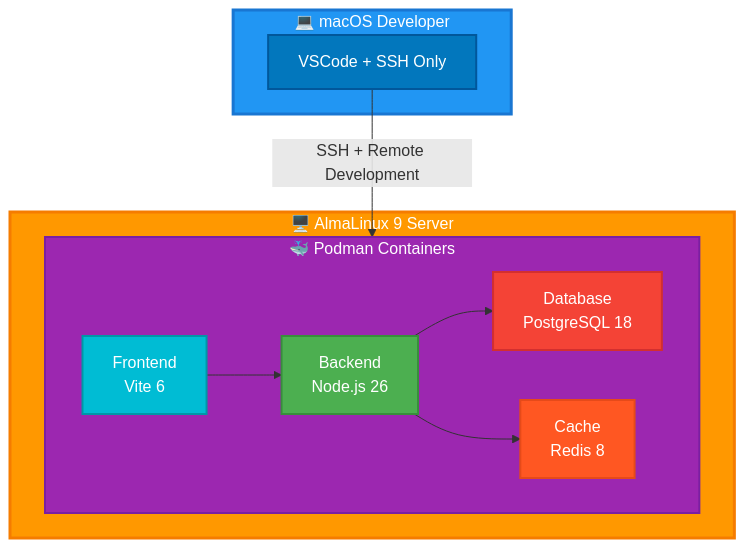
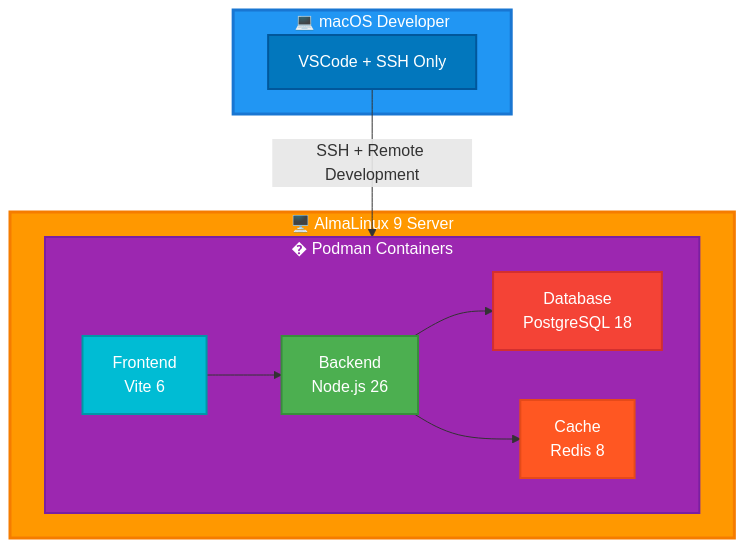
The diagram in docs/chapter-01-setup.md (Alex-0293/TopWebStack), drawn with Mermaid before and after one commit. The commit also changed other lines of this file and 12 other files, not shown here.

````diff
--- a/docs/chapter-01-setup.md
+++ b/docs/chapter-01-setup.md
@@ -416,29 +416,29 @@
 ```mermaid
 graph TB
     subgraph local["💻 macOS Developer"]
         vscode["VSCode + SSH Only"]
     end
     
     subgraph server["🖥️ AlmaLinux 9 Server"]
-        subgraph podman["🐳 Podman Containers"]
+        subgraph podman["� Podman Containers"]
             backend["Backend<br/>Node.js 26"]
             frontend["Frontend<br/>Vite 6"]
             database["Database<br/>PostgreSQL 18"]
             redis["Cache<br/>Redis 8"]
         end
     end
     
     vscode -->|SSH + Remote Development| podman
     backend --> database
     backend --> redis
     frontend --> backend
     
     style local fill:#2196F3,stroke:#1976D2,stroke-width:3px,color:#fff
     style server fill:#FF9800,stroke:#F57C00,stroke-width:3px,color:#fff
     style podman fill:#9C27B0,stroke:#7B1FA2,stroke-width:2px,color:#fff
     style vscode fill:#0277BD,stroke:#01579B,stroke-width:2px,color:#fff
     style backend fill:#4CAF50,stroke:#388E3C,stroke-width:2px,color:#fff
     style frontend fill:#00BCD4,stroke:#0097A7,stroke-width:2px,color:#fff
     style database fill:#F44336,stroke:#D32F2F,stroke-width:2px,color:#fff
     style redis fill:#FF5722,stroke:#E64A19,stroke-width:2px,color:#fff
 ```
````
